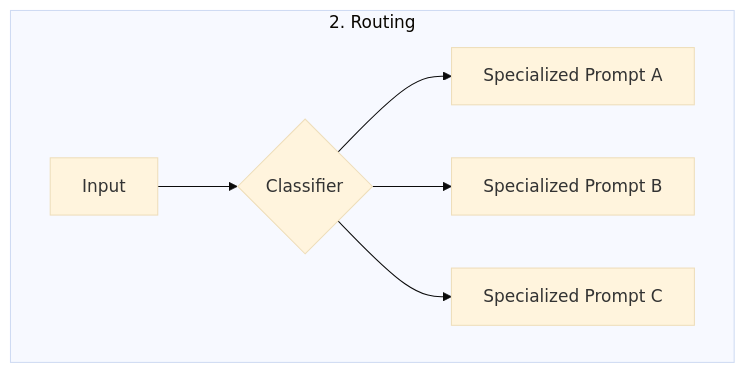
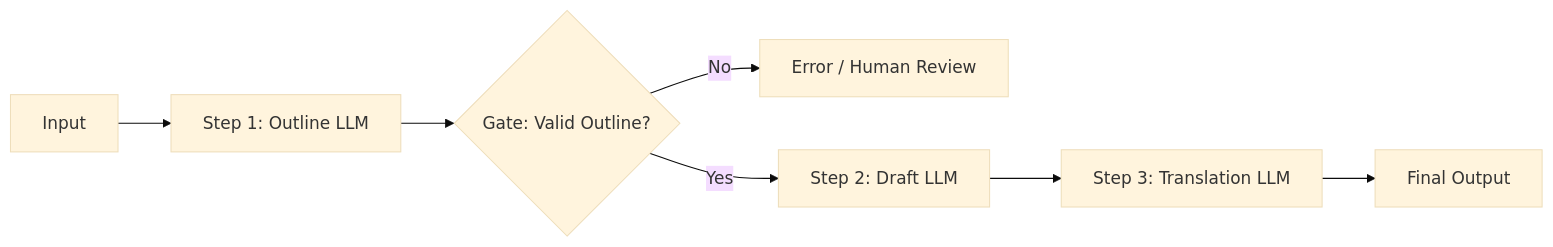
The sixth of 14 diagrams in module-01-agentic-ai-foundations/content/01-from-generative-ai-to-agentic-control-loops.md (sivaskm/agentic-ai-engineering), drawn with Mermaid (base theme) before and after one commit. The commit also changed other lines of this file, not shown here.

````diff
--- a/module-01-agentic-ai-foundations/content/01-from-generative-ai-to-agentic-control-loops.md
+++ b/module-01-agentic-ai-foundations/content/01-from-generative-ai-to-agentic-control-loops.md
@@ -198,9 +229,9 @@
 ```mermaid
-flowchart TD
-    subgraph Pattern2 [2. Routing]
-        R_In[Input] --> R_Router{Classifier}
-        R_Router --> R_A[Specialized Prompt A]
-        R_Router --> R_B[Specialized Prompt B]
-        R_Router --> R_C[Specialized Prompt C]
-    end
+flowchart LR
+    Input[Input] --> Step1[Step 1: Outline LLM]
+    Step1 --> Gate{Gate: Valid Outline?}
+    Gate -- No --> Fallback[Error / Human Review]
+    Gate -- Yes --> Step2[Step 2: Draft LLM]
+    Step2 --> Step3[Step 3: Translation LLM]
+    Step3 --> Output[Final Output]
 ```
````
